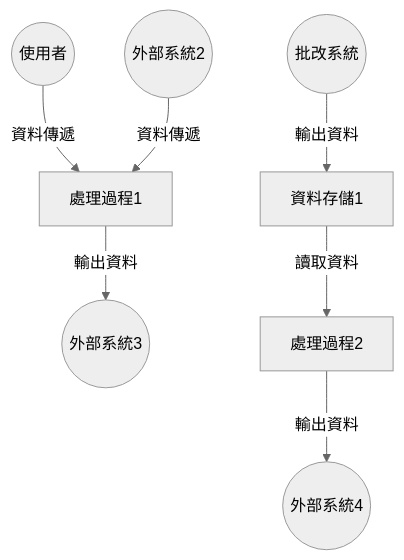
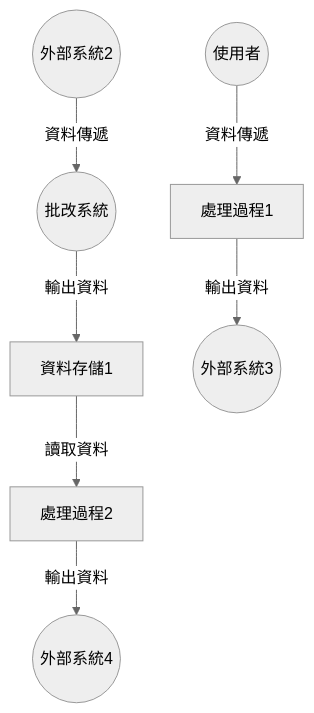
The diagram in 系統分析/HW4.md (j50301a/AI-answer-correction), drawn with Mermaid (neutral theme) before and after one commit.

````diff
--- a/系統分析/HW4.md
+++ b/系統分析/HW4.md
@@ -3,10 +3,10 @@
 ```mermaid
 graph TD
     使用者((使用者)) -->|資料傳遞| 處理過程1[處理過程1]
-    外部系統2((外部系統2)) -->|資料傳遞| 處理過程1
+    外部系統2((外部系統2)) -->|資料傳遞| 批改系統
     批改系統((批改系統)) -->|輸出資料| 資料存儲1[資料存儲1]
     處理過程1 -->|輸出資料| 外部系統3((外部系統3))
     資料存儲1 -->|讀取資料| 處理過程2[處理過程2]
     處理過程2 -->|輸出資料| 外部系統4((外部系統4))
 
 ```
````
